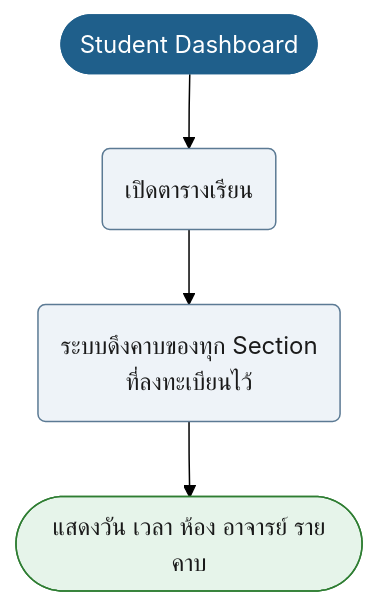
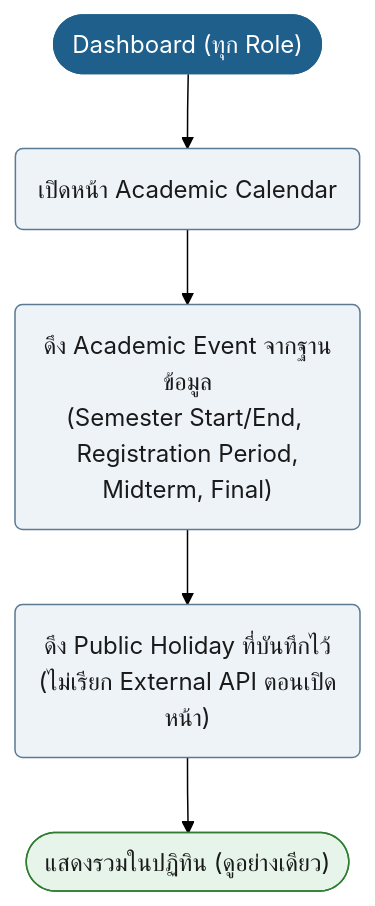
One commit to synthesixer/AcadOS changed the sixth of 49 diagrams in doc/userflow.md. Above: the diagram before and after it, drawn with Mermaid (forest theme). The commit also changed other lines of this file and 1 other file, not shown here.

````diff
--- a/doc/userflow.md
+++ b/doc/userflow.md
@@ -242,16 +256,18 @@
 ```mermaid
 flowchart TD
-    n1(["Student Dashboard"]):::start
-    n2("เปิดตารางเรียน"):::act
-    n3("ระบบดึงคาบของทุก Section<br/>ที่ลงทะเบียนไว้"):::act
-    n4(["แสดงวัน เวลา ห้อง อาจารย์ รายคาบ"]):::ok
+    n1(["Dashboard (ทุก Role)"]):::start
+    n2("เปิดหน้า Academic Calendar"):::act
+    n3("ดึง Academic Event จากฐานข้อมูล<br/>(Semester Start/End, Registration Period,<br/>Midterm, Final)"):::act
+    n4("ดึง Public Holiday ที่บันทึกไว้<br/>(ไม่เรียก External API ตอนเปิดหน้า)"):::act
+    n5(["แสดงรวมในปฏิทิน (ดูอย่างเดียว)"]):::ok
     n1 --> n2
     n2 --> n3
     n3 --> n4
+    n4 --> n5
     classDef start fill:#1F5F8B,stroke:#1F5F8B,color:#fff
     classDef act fill:#EEF3F8,stroke:#5B7A94,color:#1a1a1a
     classDef dec fill:#FFF6E0,stroke:#5B7A94,color:#1a1a1a
     classDef bad fill:#FCE8E6,stroke:#C0392B,color:#1a1a1a
     classDef ok fill:#E6F4EA,stroke:#2E7D32,color:#1a1a1a
     classDef note fill:#F4F4F4,stroke:#999,color:#1a1a1a
 ```
````
